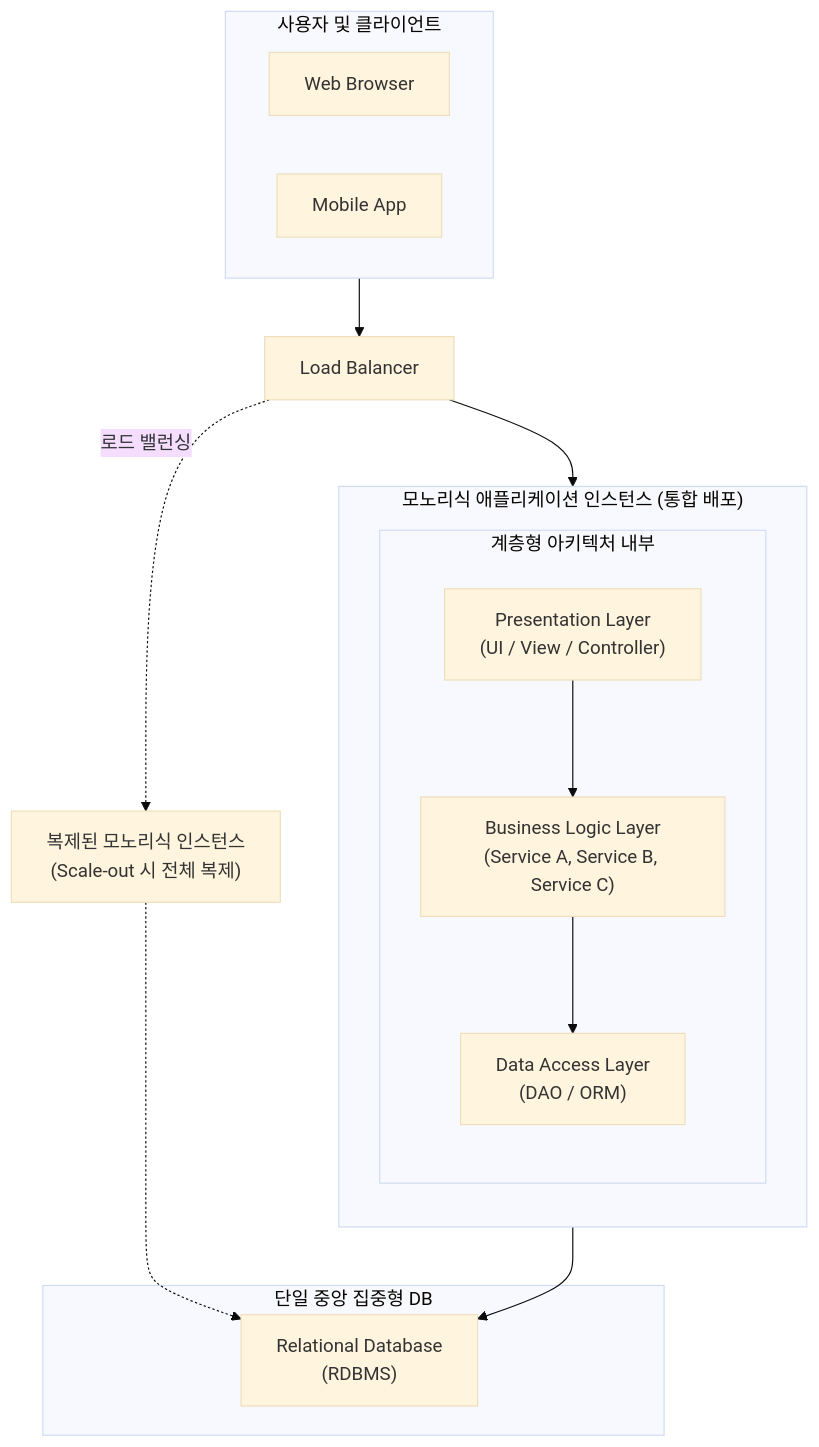
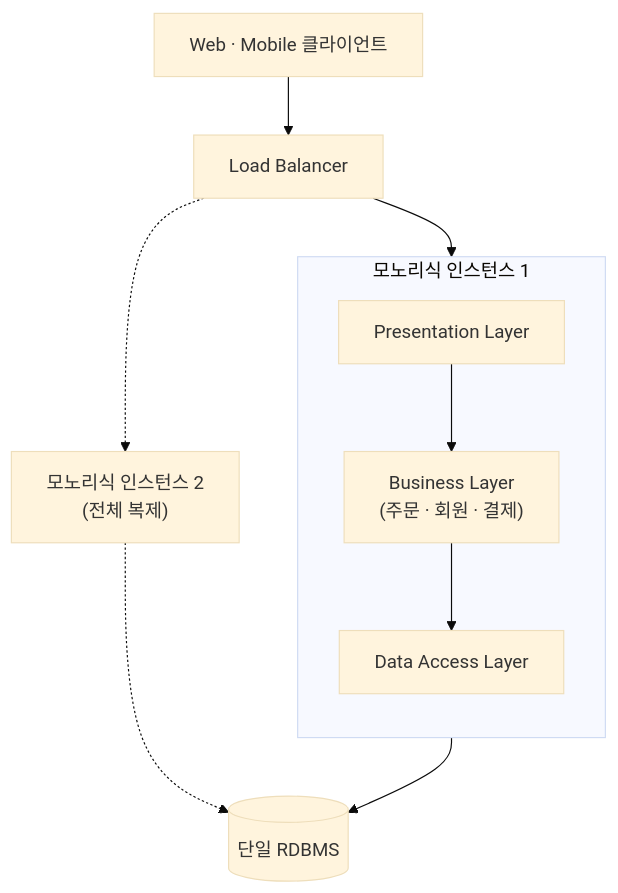
Before and after one commit to supremethumb/supremethumb.github.io: the diagram in content/01_IT Tech/모노리식 아키텍처.md, drawn with Mermaid (base theme). The commit also changed other lines of this file and 1087 other files, not shown here.

````diff
--- a/content/01_IT Tech/모노리식 아키텍처.md
+++ b/content/01_IT Tech/모노리식 아키텍처.md
@@ -33,35 +36,14 @@
 ```mermaid
 flowchart TB
-    subgraph Client["사용자 및 클라이언트"]
-        WEB["Web Browser"]
-        APP["Mobile App"]
+    Client["Web · Mobile 클라이언트"] --> LB["Load Balancer"]
+    subgraph App1["모노리식 인스턴스 1"]
+        direction TB
+        UI["Presentation Layer"] --> BIZ["Business Layer<br/>(주문 · 회원 · 결제)"]
+        BIZ --> DAO["Data Access Layer"]
     end
-
-    LB["Load Balancer"]
-
-    subgraph Monolithic_Server["모노리식 애플리케이션 인스턴스 (통합 배포)"]
-        direction TB
-        subgraph Layered_Architecture["계층형 아키텍처 내부"]
-            direction TB
-            UI["Presentation Layer<br/>(UI / View / Controller)"]
-            BIZ["Business Logic Layer<br/>(Service A, Service B, Service C)"]
-            DATA["Data Access Layer<br/>(DAO / ORM)"]
-            
-            UI --> BIZ
-            BIZ --> DATA
-        end
-    end
-
-    subgraph Database["단일 중앙 집중형 DB"]
-        DB["Relational Database<br/>(RDBMS)"]
-    end
-
-    Client --> LB
-    LB --> Monolithic_Server
-    Monolithic_Server --> DB
-    
-    %% 확장을 보여주기 위한 복제 인스턴스 (점선 처리)
-    Monolithic_Clone["복제된 모노리식 인스턴스<br/>(Scale-out 시 전체 복제)"] -.-> DB
-    LB -. "로드 밸런싱" .-> Monolithic_Clone
-
+    App2["모노리식 인스턴스 2<br/>(전체 복제)"]
+    LB --> App1
+    LB -.-> App2
+    DAO --> DB[("단일 RDBMS")]
+    App2 -.-> DB
 ```
````
